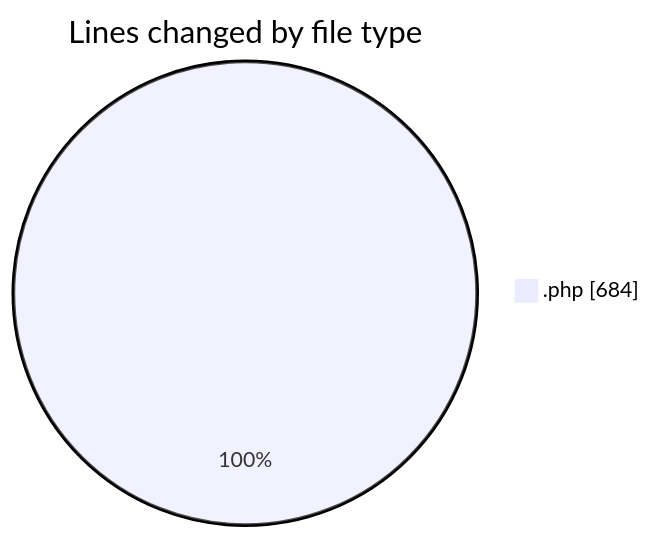
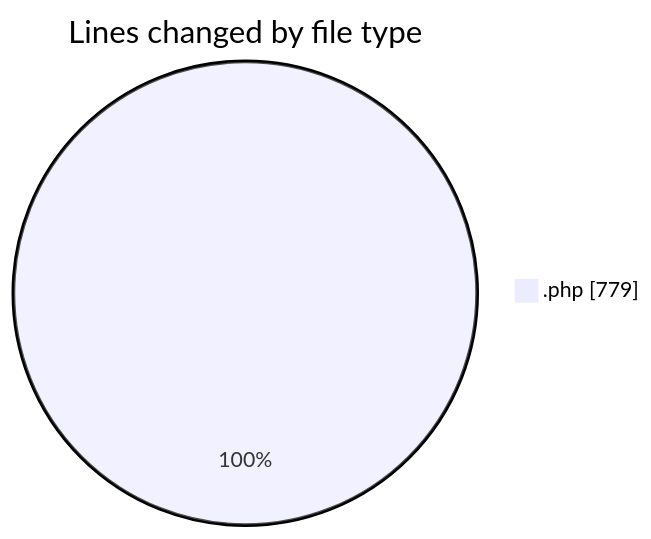
One commit to debugP/code-tracking changed the first of 2 diagrams in 2025-10-14/untitled__workspace_/README.md. Above: the diagram before and after it, drawn with Mermaid. The commit also changed other lines of this file and 1 other file, not shown here.

````diff
--- a/2025-10-14/untitled__workspace_/README.md
+++ b/2025-10-14/untitled__workspace_/README.md
@@ -20,5 +20,5 @@
 ```mermaid
 pie showData
 title Lines changed by file type
-".php" : 684
+".php" : 779
 ```
````
